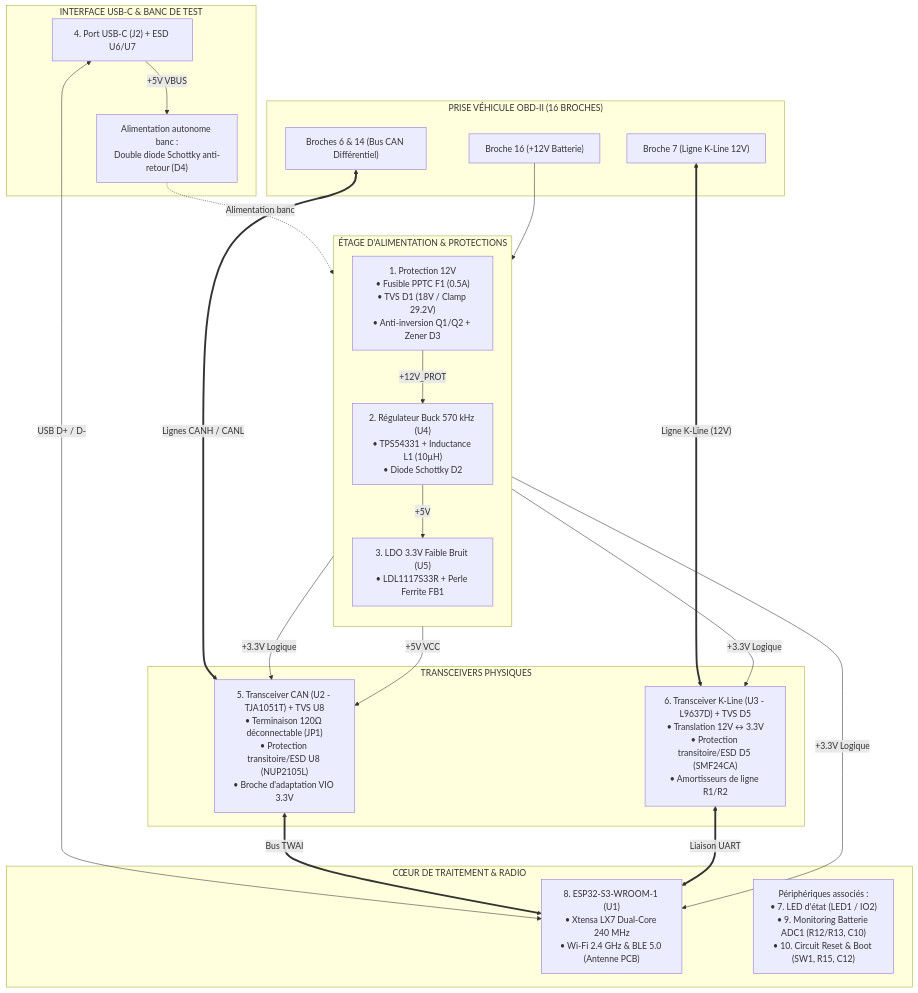
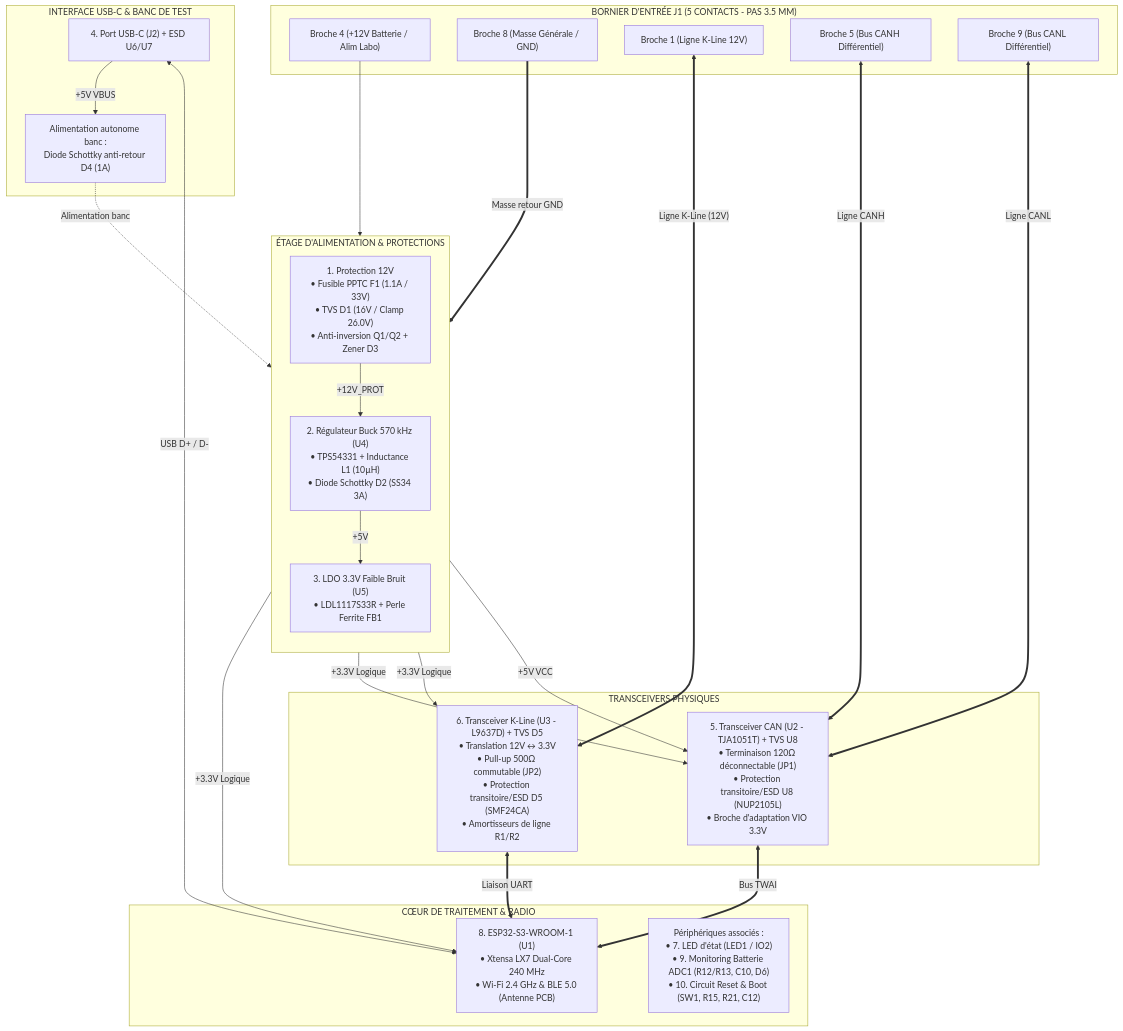
Before and after one commit to nitrogene/OBD2: the diagram in README.md, drawn with Mermaid. The commit also changed other lines of this file and 6 other files, not shown here.

````diff
--- a/README.md
+++ b/README.md
@@ -88,58 +100,62 @@
 ```mermaid
 %%{init: {
   'themeVariables': {
     'fontFamily': 'Consolas, "Courier New", monospace',
     'fontSize': '12px'
   },
   'flowchart': {
     'curve': 'stepBefore',
     'nodeSpacing': 30,
     'rankSpacing': 40
   }
 }}%%
 flowchart TD
-    subgraph OBD["PRISE VÉHICULE OBD-II (16 BROCHES)"]
-        PIN16["Broche 16 (+12V Batterie)"]
-        PIN6_14["Broches 6 & 14 (Bus CAN Différentiel)"]
-        PIN7["Broche 7 (Ligne K-Line 12V)"]
+    subgraph J1_BLOCK["BORNIER D'ENTRÉE J1 (5 CONTACTS - PAS 3.5 MM)"]
+        PIN4["Broche 4 (+12V Batterie / Alim Labo)"]
+        PIN8["Broche 8 (Masse Générale / GND)"]
+        PIN1["Broche 1 (Ligne K-Line 12V)"]
+        PIN5["Broche 5 (Bus CANH Différentiel)"]
+        PIN9["Broche 9 (Bus CANL Différentiel)"]
     end
 
     subgraph POWER["ÉTAGE D'ALIMENTATION & PROTECTIONS"]
         direction TB
-        F1["1. Protection 12V\n• Fusible PPTC F1 (0.5A)\n• TVS D1 (18V / Clamp 29.2V)\n• Anti-inversion Q1/Q2 + Zener D3"]
-        BUCK["2. Régulateur Buck 570 kHz (U4)\n• TPS54331 + Inductance L1 (10µH)\n• Diode Schottky D2"]
+        F1["1. Protection 12V\n• Fusible PPTC F1 (1.1A / 33V)\n• TVS D1 (16V / Clamp 26.0V)\n• Anti-inversion Q1/Q2 + Zener D3"]
+        BUCK["2. Régulateur Buck 570 kHz (U4)\n• TPS54331 + Inductance L1 (10µH)\n• Diode Schottky D2 (SS34 3A)"]
         LDO["3. LDO 3.3V Faible Bruit (U5)\n• LDL1117S33R + Perle Ferrite FB1"]
         F1 -->|"+12V_PROT"| BUCK
         BUCK -->|"+5V"| LDO
     end
 
     subgraph TRANSCEIVERS["TRANSCEIVERS PHYSIQUES"]
         CAN_IC["5. Transceiver CAN (U2 - TJA1051T) + TVS U8\n• Terminaison 120Ω déconnectable (JP1)\n• Protection transitoire/ESD U8 (NUP2105L)\n• Broche d'adaptation VIO 3.3V"]
-        KLINE_IC["6. Transceiver K-Line (U3 - L9637D) + TVS D5\n• Translation 12V ↔ 3.3V\n• Protection transitoire/ESD D5 (SMF24CA)\n• Amortisseurs de ligne R1/R2"]
+        KLINE_IC["6. Transceiver K-Line (U3 - L9637D) + TVS D5\n• Translation 12V ↔ 3.3V\n• Pull-up 500Ω commutable (JP2)\n• Protection transitoire/ESD D5 (SMF24CA)\n• Amortisseurs de ligne R1/R2"]
     end
 
     subgraph MCU["CŒUR DE TRAITEMENT & RADIO"]
         ESP["8. ESP32-S3-WROOM-1 (U1)\n• Xtensa LX7 Dual-Core 240 MHz\n• Wi-Fi 2.4 GHz & BLE 5.0 (Antenne PCB)"]
-        PERIPH["Périphériques associés :\n• 7. LED d'état (LED1 / IO2)\n• 9. Monitoring Batterie ADC1 (R12/R13, C10)\n• 10. Circuit Reset & Boot (SW1, R15, C12)"]
+        PERIPH["Périphériques associés :\n• 7. LED d'état (LED1 / IO2)\n• 9. Monitoring Batterie ADC1 (R12/R13, C10, D6)\n• 10. Circuit Reset & Boot (SW1, R15, R21, C12)"]
     end
 
     subgraph USB_DEBUG["INTERFACE USB-C & BANC DE TEST"]
         USBC["4. Port USB-C (J2) + ESD U6/U7"]
-        D4["Alimentation autonome banc :\nDouble diode Schottky anti-retour (D4)"]
+        D4["Alimentation autonome banc :\nDiode Schottky anti-retour D4 (1A)"]
         USBC -->|"+5V VBUS"| D4
         D4 -.->|Alimentation banc| BUCK
         USBC <-->|"USB D+ / D-"| ESP
     end
 
-    PIN16 --> F1
-    PIN6_14 <==>|"Lignes CANH / CANL"| CAN_IC
-    PIN7 <==>|"Ligne K-Line (12V)"| KLINE_IC
+    PIN4 --> F1
+    PIN8 ===>|"Masse retour GND"| POWER
+    PIN5 <==>|"Ligne CANH"| CAN_IC
+    PIN9 <==>|"Ligne CANL"| CAN_IC
+    PIN1 <==>|"Ligne K-Line (12V)"| KLINE_IC
 
     LDO -->|"+3.3V Logique"| ESP
     LDO -->|"+3.3V Logique"| CAN_IC
     LDO -->|"+3.3V Logique"| KLINE_IC
     BUCK -->|"+5V VCC"| CAN_IC
 
     CAN_IC <==>|"Bus TWAI"| ESP
     KLINE_IC <==>|"Liaison UART"| ESP
 ```
````
